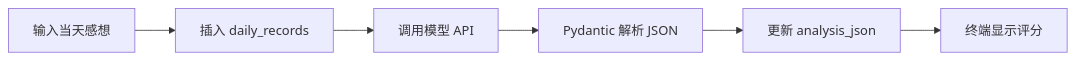
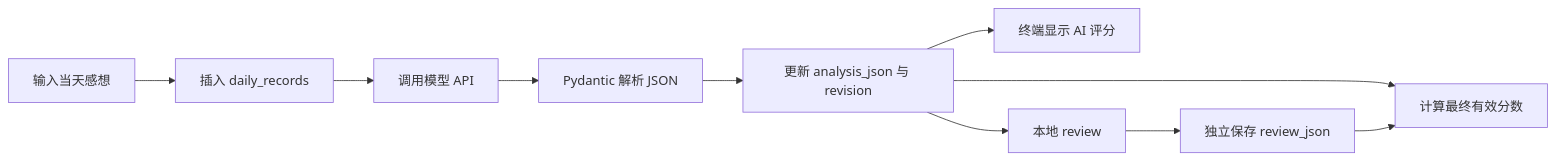
The diagram in docs/architecture.md (nebulyu/kiseki), drawn with Mermaid before and after one commit. The commit also changed other lines of this file and 14 other files, not shown here.

````diff
--- a/docs/architecture.md
+++ b/docs/architecture.md
@@ -17,8 +17,12 @@
 ```mermaid
 flowchart LR
     A["输入当天感想"] --> B["插入 daily_records"]
     B --> C["调用模型 API"]
     C --> D["Pydantic 解析 JSON"]
-    D --> E["更新 analysis_json"]
-    E --> F["终端显示评分"]
+    D --> E["更新 analysis_json 与 revision"]
+    E --> F["终端显示 AI 评分"]
+    E --> G["本地 review"]
+    G --> H["独立保存 review_json"]
+    E --> I["计算最终有效分数"]
+    H --> I
 ```
````
